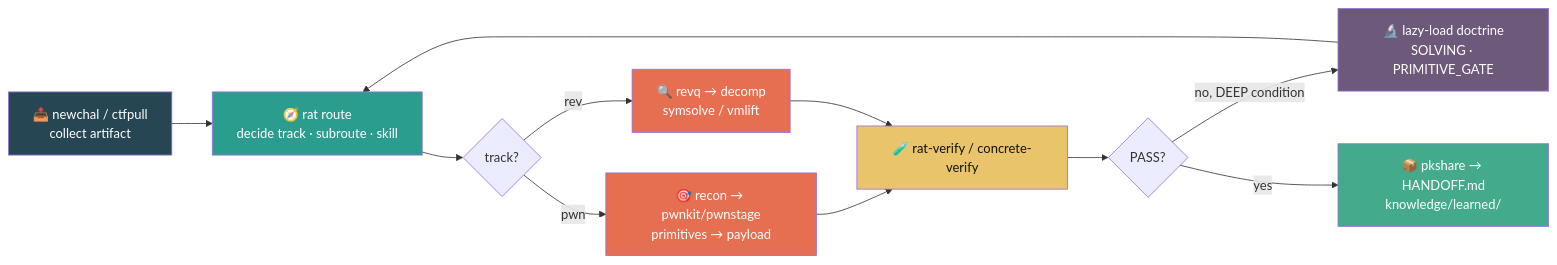
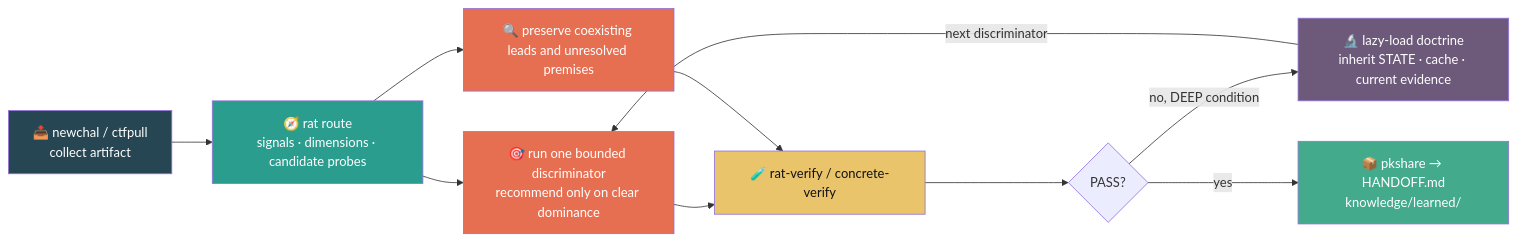
Before and after one commit to b0nsu/CTF-Rat: the diagram in README.md, drawn with Mermaid. The commit also changed other lines of this file and 193 other files, not shown here.

````diff
--- a/README.md
+++ b/README.md
@@ -68,21 +68,20 @@
 ```mermaid
 flowchart LR
-    A["📥 newchal / ctfpull<br/>collect artifact"] --> B["🧭 rat route<br/>decide track · subroute · skill"]
-    B --> C{"track?"}
-    C -->|pwn| D["🎯 recon → pwnkit/pwnstage<br/>primitives → payload"]
-    C -->|rev| E["🔍 revq → decomp<br/>symsolve / vmlift"]
+    A["📥 newchal / ctfpull<br/>collect artifact"] --> B["🧭 rat route<br/>signals · dimensions · candidate probes"]
+    B --> D["🎯 run one bounded discriminator<br/>recommend only on clear dominance"]
+    B --> E["🔍 preserve coexisting leads and unresolved premises"]
     D --> F["🧪 rat-verify / concrete-verify"]
     E --> F
     F --> G{"PASS?"}
-    G -->|no, DEEP condition| H["🔬 lazy-load doctrine<br/>SOLVING · PRIMITIVE_GATE"]
-    H --> B
+    G -->|no, DEEP condition| H["🔬 lazy-load doctrine<br/>inherit STATE · cache · current evidence"]
+    H -->|next discriminator| D
     G -->|yes| I["📦 pkshare → HANDOFF.md<br/>knowledge/learned/"]
 
     style A fill:#264653,color:#fff
     style B fill:#2a9d8f,color:#fff
     style D fill:#e76f51,color:#fff
     style E fill:#e76f51,color:#fff
     style F fill:#e9c46a,color:#111
     style H fill:#6d597a,color:#fff
     style I fill:#43aa8b,color:#fff
 ```
````
